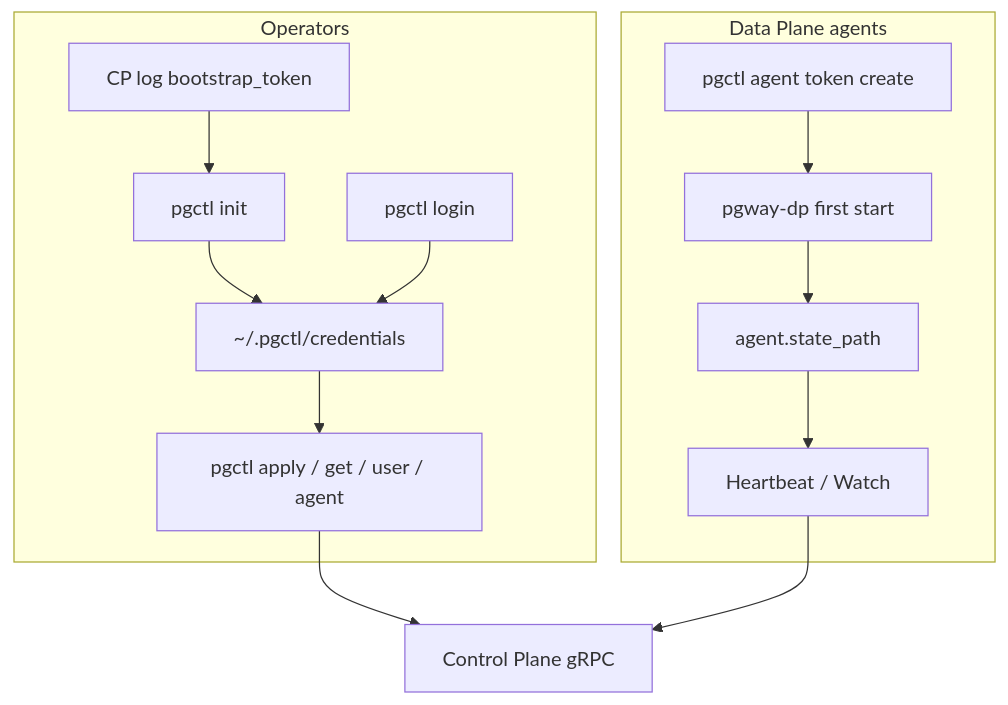
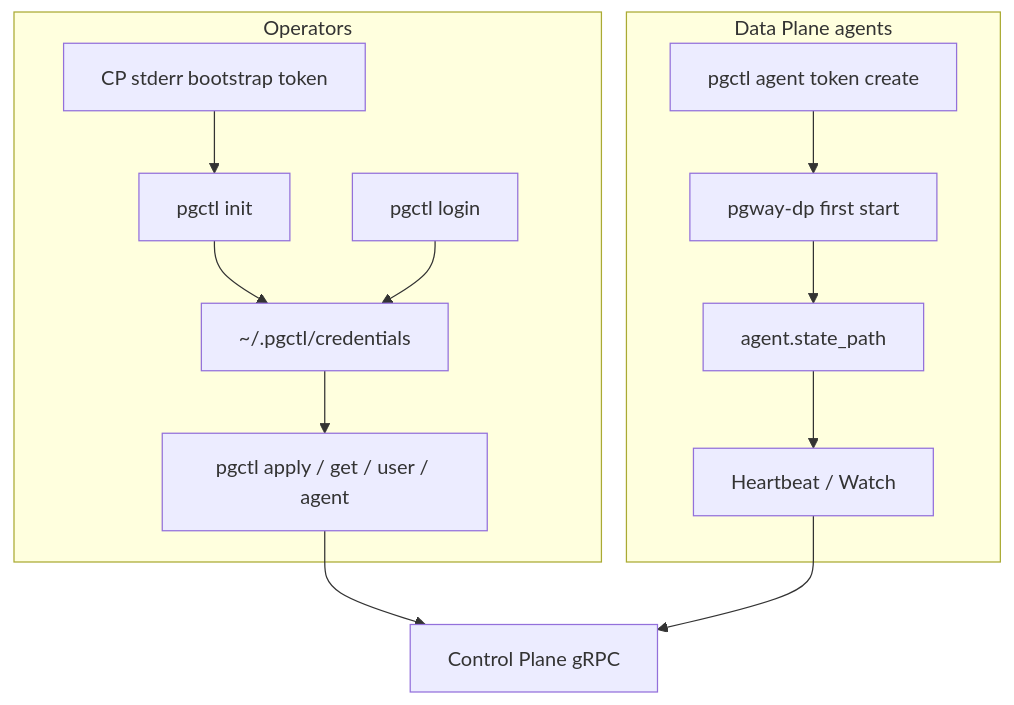
The diagram in docs/guides/authentication.md (aknEvrnky/pgway-docs), drawn with Mermaid before and after one commit. The commit also changed other lines of this file and 4 other files, not shown here.

First line of the commit message:
docs: bootstrap token on stderr; host match strips port

````diff
--- a/docs/guides/authentication.md
+++ b/docs/guides/authentication.md
@@ -5,16 +5,16 @@
 ```mermaid
 flowchart TB
   subgraph users [Operators]
-    Log[CP log bootstrap_token] --> Init[pgctl init]
+    Log[CP stderr bootstrap token] --> Init[pgctl init]
     Init --> Cred[~/.pgctl/credentials]
     Login[pgctl login] --> Cred
     Cred --> Apply[pgctl apply / get / user / agent]
   end
   subgraph agents [Data Plane agents]
     RegTok[pgctl agent token create] --> DP[pgway-dp first start]
     DP --> State[agent.state_path]
     State --> HB[Heartbeat / Watch]
   end
   Apply --> CP[Control Plane gRPC]
   HB --> CP
 ```
````
